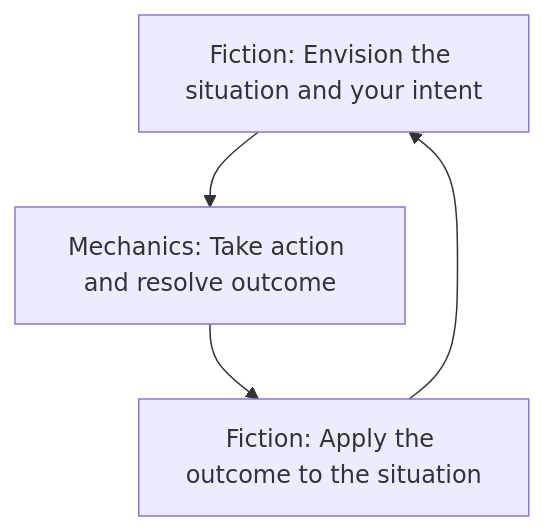
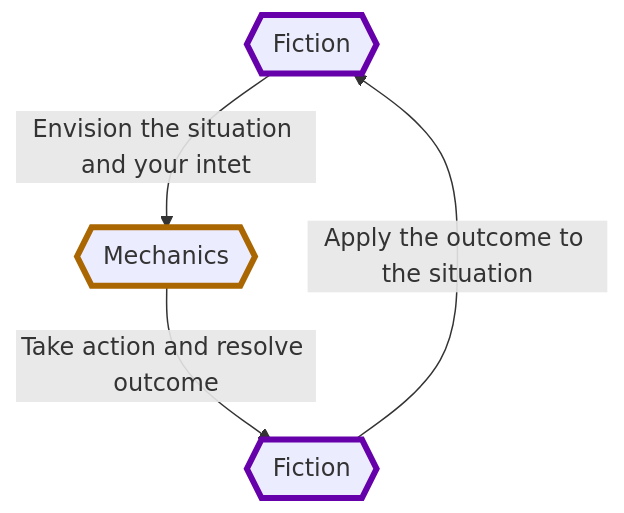
One commit to bezurn004/Obsi-Forge-Apedia changed the diagram in GameplayRules/Core/Getting Started/GS_Mechanics and Fiction.md. Above: the diagram before and after it, drawn with Mermaid. The commit also changed other lines of this file and 60 other files, not shown here.

````diff
--- a/GameplayRules/Core/Getting Started/GS_Mechanics and Fiction.md
+++ b/GameplayRules/Core/Getting Started/GS_Mechanics and Fiction.md
@@ -18,6 +18,11 @@
 ```mermaid
-graph TD;
-	A[Fiction: Envision the situation and your intent]-->B;
-	B[Mechanics: Take action and resolve outcome]-->C;
-	C[Fiction: Apply the outcome to the situation]-->A;
+graph TB;
+	A{{Fiction}}-->|Envision the situation and your intet|B;
+	B{{Mechanics}}-->|Take action and resolve outcome|C;
+	C{{Fiction}}-->|Apply the outcome to the situation|A;
+
+	style A stroke:#6600aa,stroke-width:4px
+	style C stroke:#6600aa,stroke-width:4px
+	style B stroke:#aa6600,stroke-width:4px
+	
 ```
````
